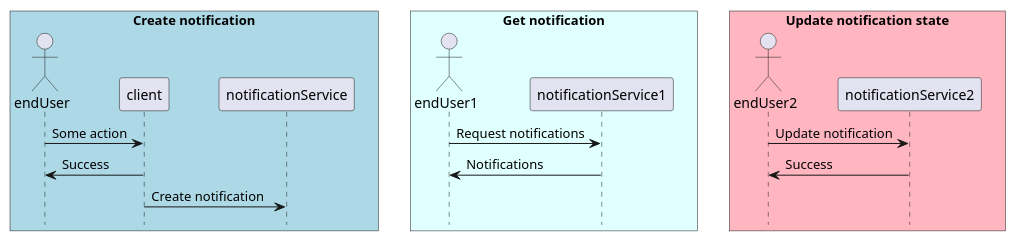
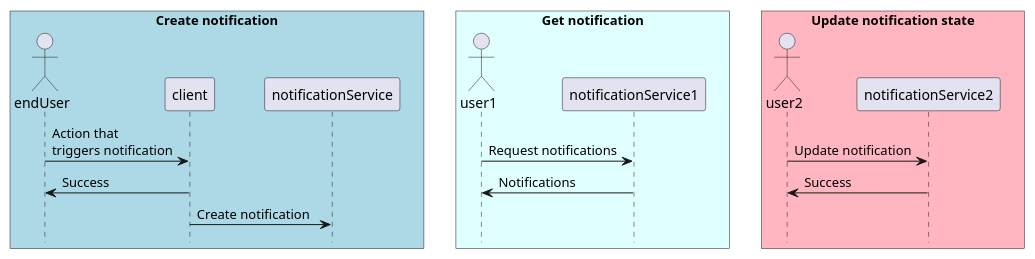
The diagram in notification.sequenceDiagram.plantuml (saifaldin/diagrams), drawn with PlantUML before and after one commit. The commit also changed 1 other file, not shown here.

Commit message:
cont post service specification

```diff
--- a/notification.sequenceDiagram.plantuml
+++ b/notification.sequenceDiagram.plantuml
@@ -1,34 +1,34 @@
 @startuml
 hide footbox
 
 skinparam ParticipantPadding 20
 skinparam BoxPadding 10
 !pragma teoz true
 
 'To be made async in design
 box "Create notification" #LightBlue
 actor endUser
 participant client
 participant notificationService
 end box
 
 box "Get notification" #LightCyan
-actor endUser1
+actor user1
 participant notificationService1
 end box
 
 box "Update notification state" #LightPink
-actor endUser2
+actor user2
 participant notificationService2
 end box
 
 
-endUser -> client : Some action
-&endUser1 -> notificationService1 : Request notifications
-&endUser2 -> notificationService2 : Update notification
+endUser -> client : Action that\ntriggers notification
+&user1 -> notificationService1 : Request notifications
+&user2 -> notificationService2 : Update notification
 client -> endUser : Success
-&notificationService1 -> endUser1 : Notifications
-&notificationService2 -> endUser2 : Success
+&notificationService1 -> user1 : Notifications
+&notificationService2 -> user2 : Success
 client -> notificationService: Create notification
 
 @enduml
```
